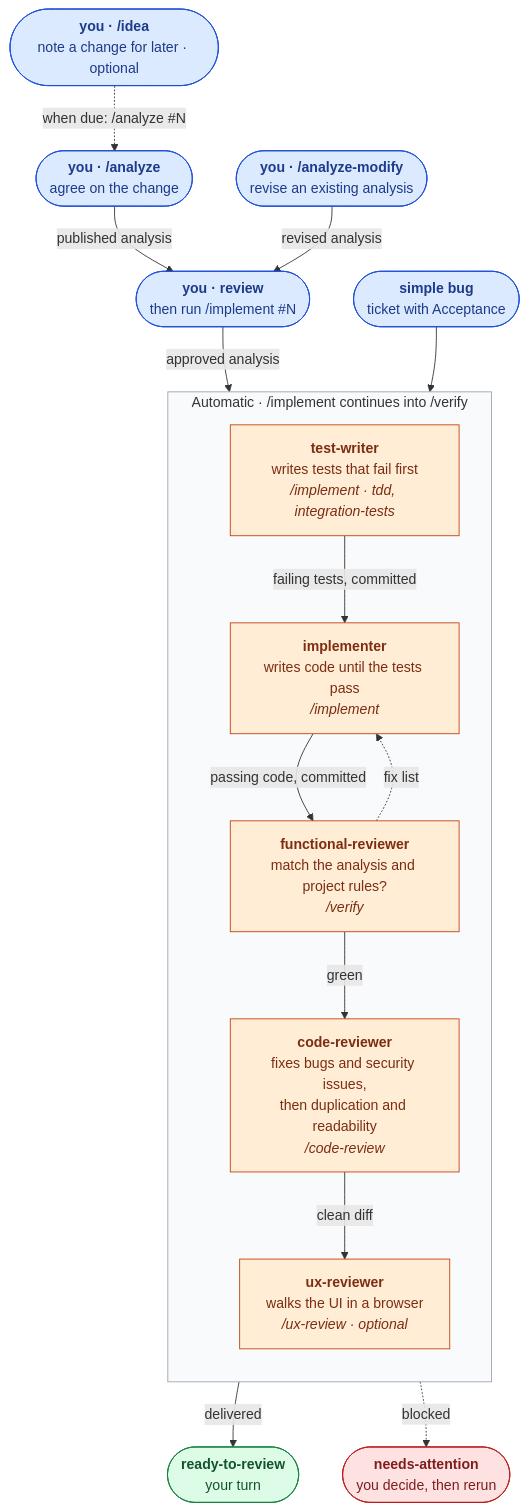
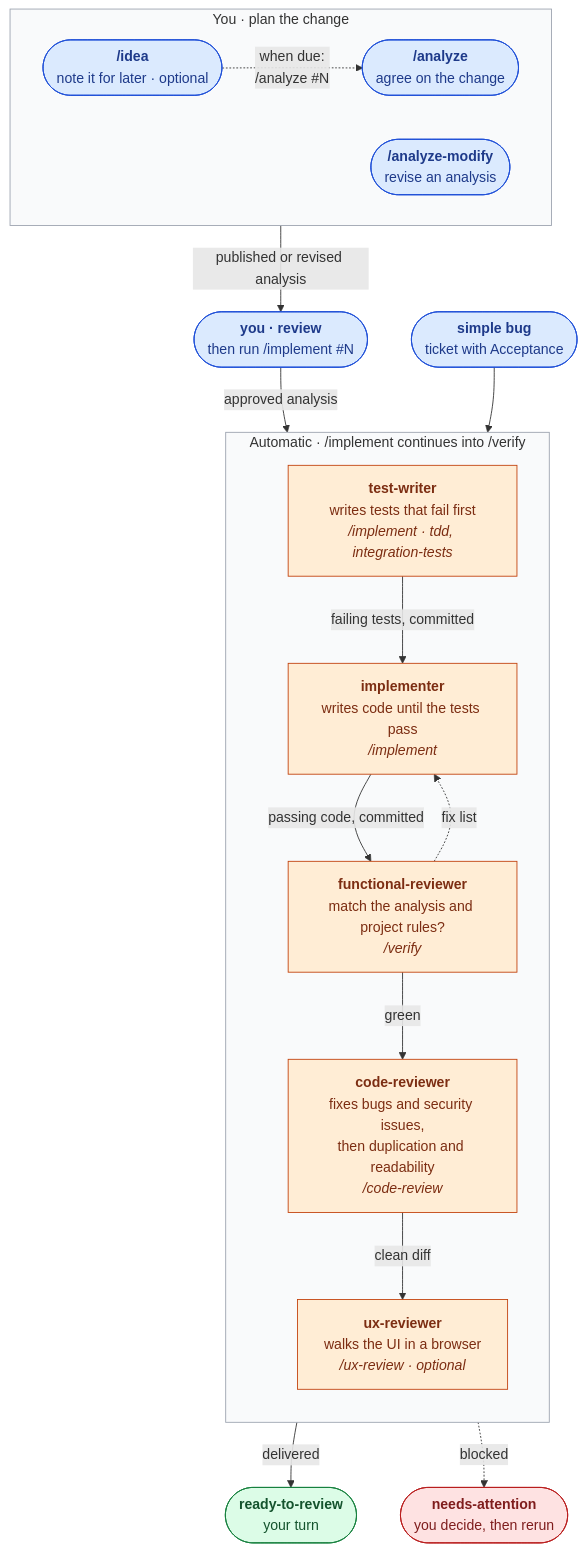
The diagram in README.md (rdurica/enterprise-engineering-skills), drawn with Mermaid before and after one commit.

Commit message:
docs(readme): group the planning steps in one row of the workflow diagram (#3)

````diff
--- a/README.md
+++ b/README.md
@@ -31,43 +31,47 @@
 ```mermaid
 flowchart TD
-    Idea(["<b>you · /idea</b><br/>note a change for later · optional"])
-    Analyze(["<b>you · /analyze</b><br/>agree on the change"])
+    subgraph Plan["You · plan the change"]
+        direction LR
+        Idea(["<b>/idea</b><br/>note it for later · optional"])
+        Analyze(["<b>/analyze</b><br/>agree on the change"])
+        Modify(["<b>/analyze-modify</b><br/>revise an analysis"])
+        Idea -. "when due:<br/>/analyze #N" .-> Analyze
+    end
+
     Review(["<b>you · review</b><br/>then run /implement #N"])
     Bug(["<b>simple bug</b><br/>ticket with Acceptance"])
-    Modify(["<b>you · /analyze-modify</b><br/>revise an existing analysis"])
 
     subgraph Auto["Automatic · /implement continues into /verify"]
         direction TB
         testWriter["<b>test-writer</b><br/>writes tests that fail first<br/><i>/implement · tdd, integration-tests</i>"]
         implementer["<b>implementer</b><br/>writes code until the tests pass<br/><i>/implement</i>"]
         functional["<b>functional-reviewer</b><br/>match the analysis and project rules?<br/><i>/verify</i>"]
         codeReview["<b>code-reviewer</b><br/>fixes bugs and security issues,<br/>then duplication and readability<br/><i>/code-review</i>"]
         ux["<b>ux-reviewer</b><br/>walks the UI in a browser<br/><i>/ux-review · optional</i>"]
 
         testWriter -- "failing tests, committed" --> implementer
         implementer -- "passing code, committed" --> functional
         functional -. "fix list" .-> implementer
         functional -- "green" --> codeReview
         codeReview -- "clean diff" --> ux
     end
 
     Ready(["<b>ready-to-review</b><br/>your turn"])
     Attention(["<b>needs-attention</b><br/>you decide, then rerun"])
 
-    Idea -. "when due: /analyze #N" .-> Analyze
-    Analyze -- "published analysis" --> Review -- "approved analysis" --> testWriter
-    Modify -- "revised analysis" --> Review
+    Plan -- "published or revised analysis" --> Review -- "approved analysis" --> testWriter
     Bug --> testWriter
     ux -- "delivered" --> Ready
     Auto -. "blocked" .-> Attention
 
     classDef human fill:#dbeafe,stroke:#1d4ed8,color:#1e3a8a
     classDef agent fill:#ffedd5,stroke:#c2410c,color:#7c2d12
     classDef ready fill:#dcfce7,stroke:#15803d,color:#14532d
     classDef blocked fill:#fee2e2,stroke:#b91c1c,color:#7f1d1d
     class Idea,Analyze,Review,Bug,Modify human
     class testWriter,implementer,functional,codeReview,ux agent
     class Ready ready
     class Attention blocked
+    style Plan fill:#f9fafb,stroke:#9ca3af
     style Auto fill:#f9fafb,stroke:#9ca3af
 ```
````
